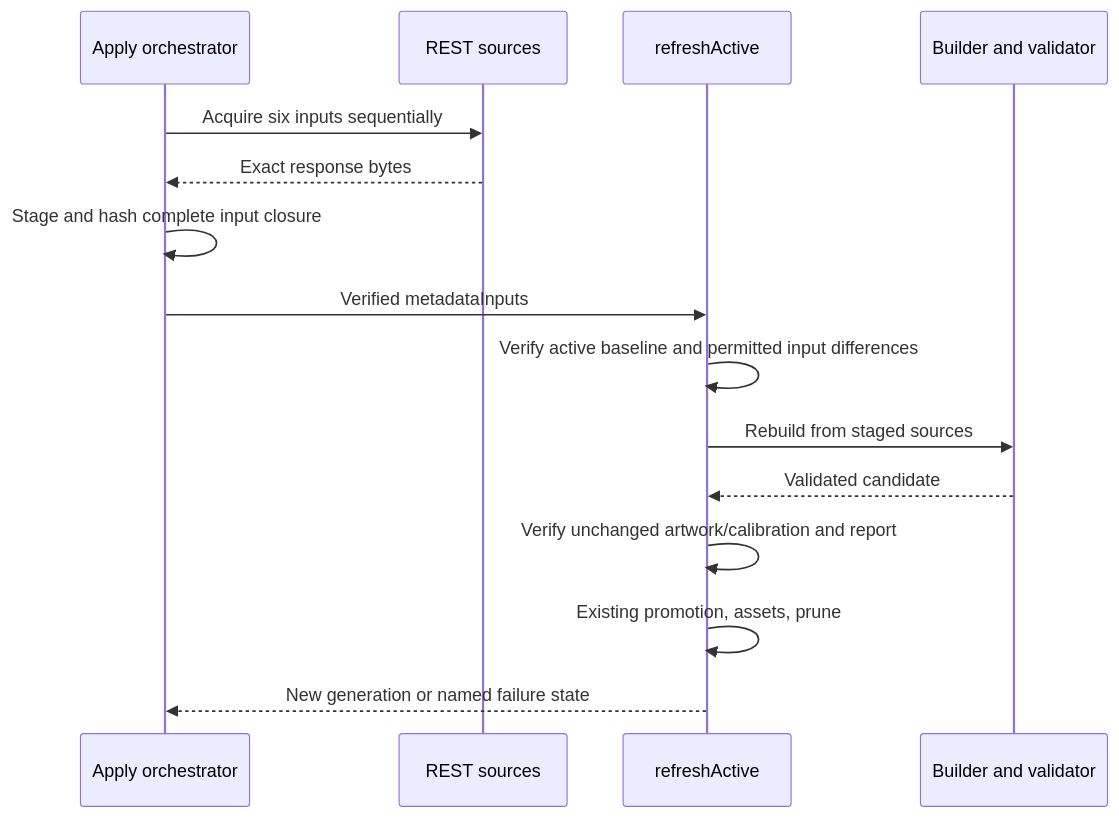
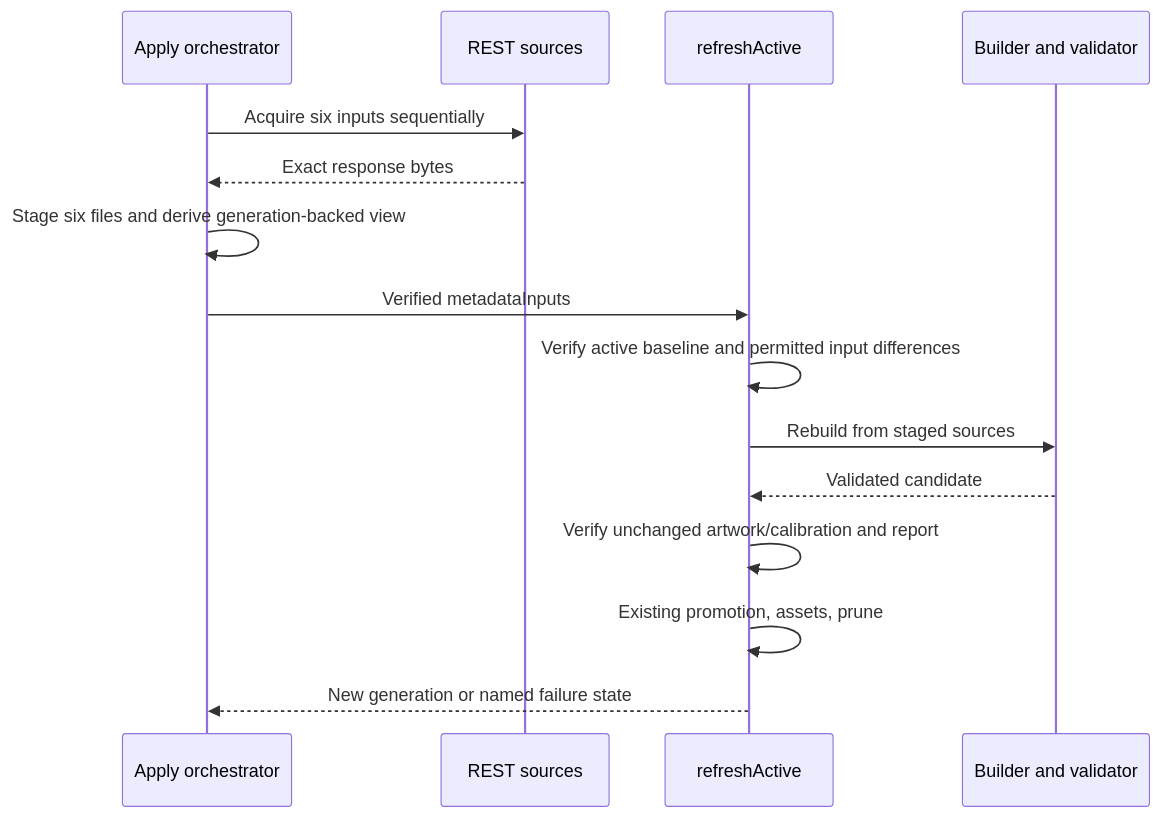
Before and after one commit to sh1ny/blackgrid: the second of 3 diagrams in openspec/changes/fix-frozen-map-metadata/design.md, drawn with Mermaid. The commit also changed other lines of this file and 4 other files, not shown here.

First line of the commit message:
fix(fix-frozen-map-metadata): amend generation-backed staging

````diff
--- a/openspec/changes/fix-frozen-map-metadata/design.md
+++ b/openspec/changes/fix-frozen-map-metadata/design.md
@@ -136,17 +139,17 @@
 ```mermaid
 sequenceDiagram
     participant O as Apply orchestrator
     participant S as REST sources
     participant R as refreshActive
     participant B as Builder and validator
     O->>S: Acquire six inputs sequentially
     S-->>O: Exact response bytes
-    O->>O: Stage and hash complete input closure
+    O->>O: Stage six files and derive generation-backed view
     O->>R: Verified metadataInputs
     R->>R: Verify active baseline and permitted input differences
     R->>B: Rebuild from staged sources
     B-->>R: Validated candidate
     R->>R: Verify unchanged artwork/calibration and report
     R->>R: Existing promotion, assets, prune
     R-->>O: New generation or named failure state
 ```
````
